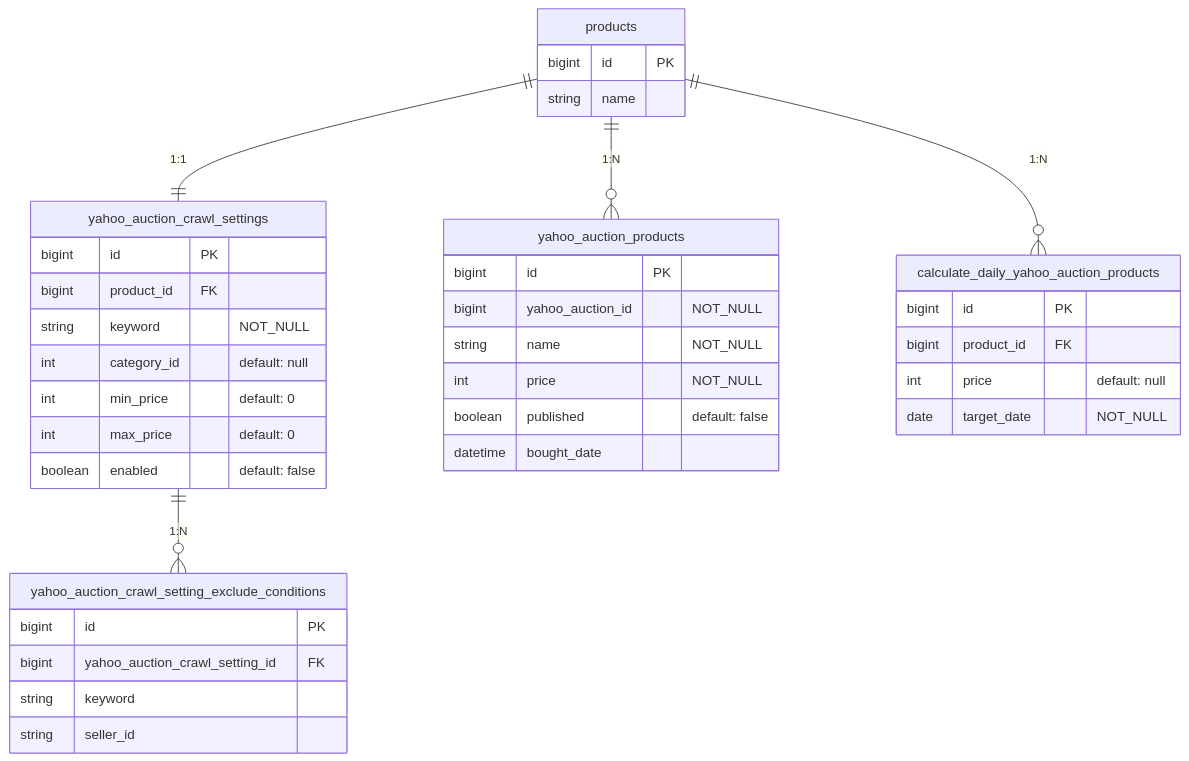
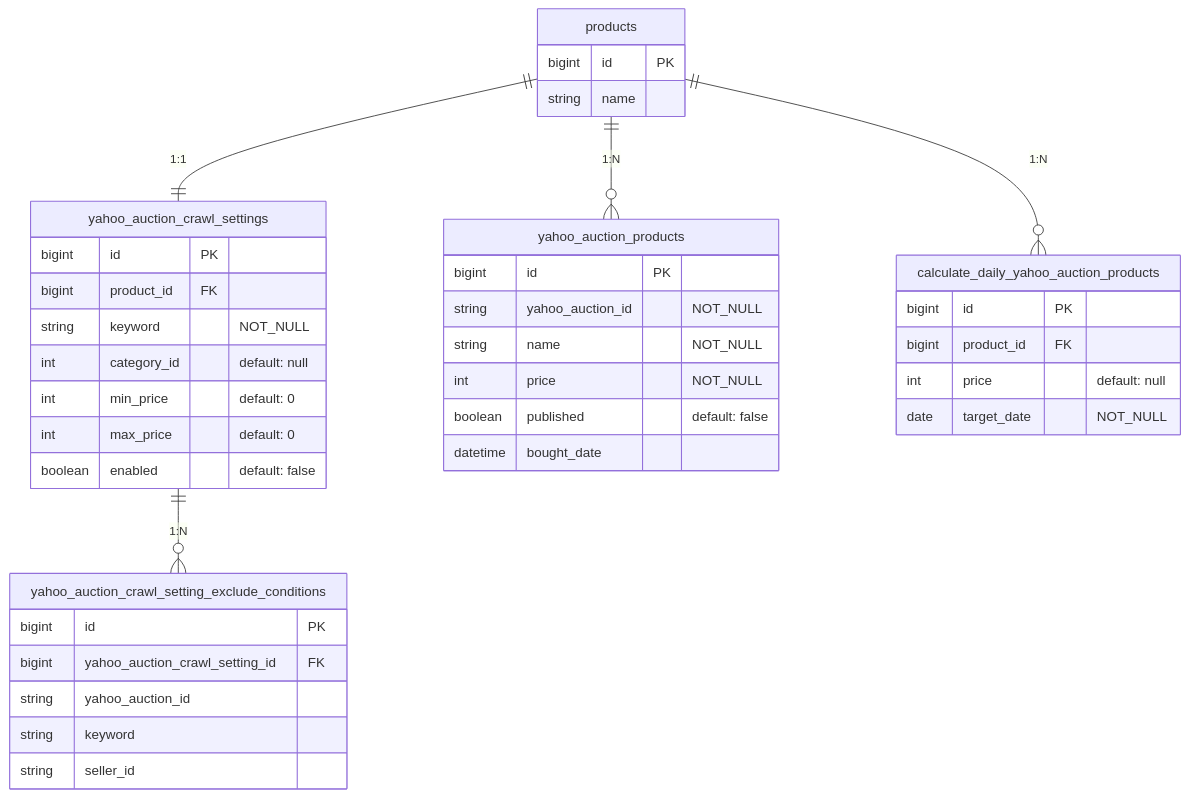
Before and after one commit to kuroweb/price-monitoring: the second of 3 diagrams in README.md, drawn with Mermaid.

Commit message:
docs: #28 ER修正

````diff
--- a/README.md
+++ b/README.md
@@ -74,41 +74,42 @@
 ```mermaid
 erDiagram
   products {
     bigint id PK
     string name
   }
   yahoo_auction_crawl_settings {
     bigint id PK
     bigint product_id FK
     string keyword "NOT_NULL"
     int category_id "default: null"
     int min_price "default: 0"
     int max_price "default: 0"
     boolean enabled "default: false"
   }
   yahoo_auction_crawl_setting_exclude_conditions {
     bigint id PK
     bigint yahoo_auction_crawl_setting_id FK
+    string yahoo_auction_id
     string keyword
     string seller_id
   }
   yahoo_auction_products {
     bigint id PK
-    bigint yahoo_auction_id "NOT_NULL"
+    string yahoo_auction_id "NOT_NULL"
     string name "NOT_NULL"
     int price "NOT_NULL"
     boolean published "default: false"
     datetime bought_date
   }
   calculate_daily_yahoo_auction_products {
     bigint id PK
     bigint product_id FK
     int price "default: null"
     date target_date "NOT_NULL"
   }
 
   products ||--|| yahoo_auction_crawl_settings : "1:1"
   yahoo_auction_crawl_settings ||--o{ yahoo_auction_crawl_setting_exclude_conditions : "1:N"
   products ||--o{ yahoo_auction_products : "1:N"
   products ||--o{ calculate_daily_yahoo_auction_products : "1:N"
 ```
````
